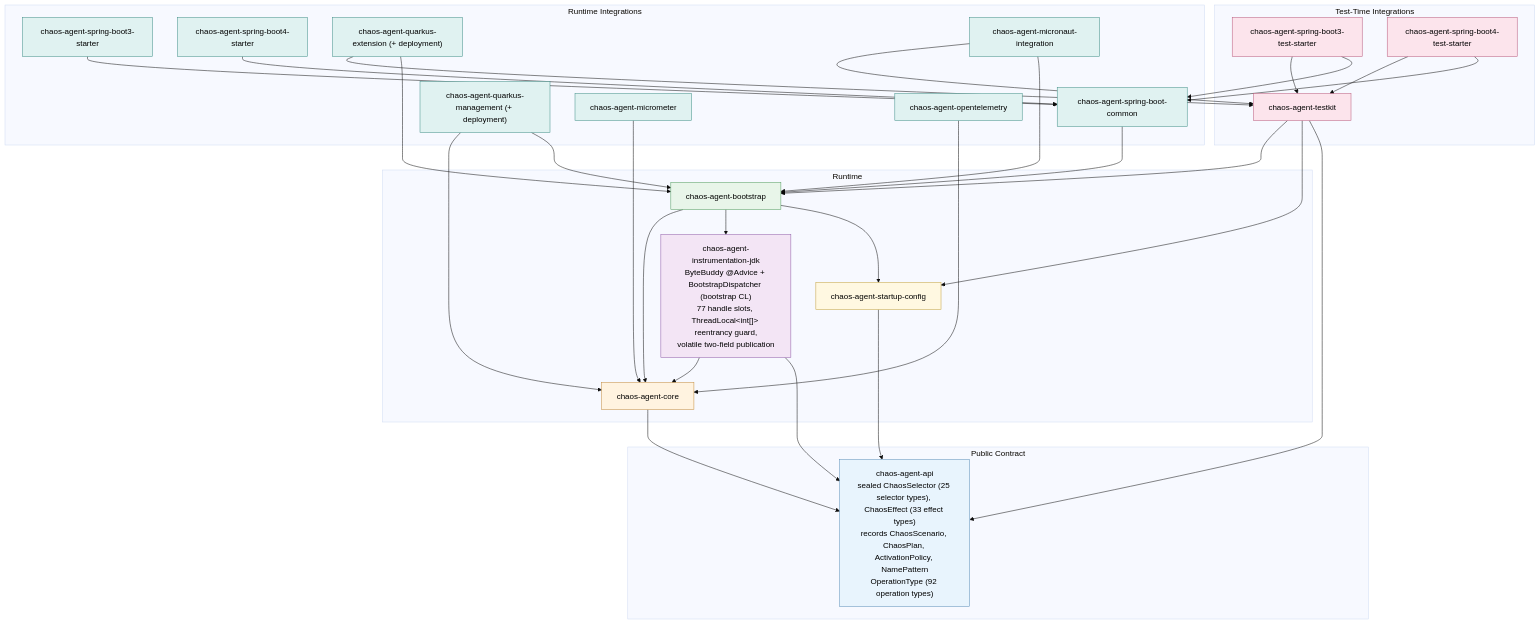
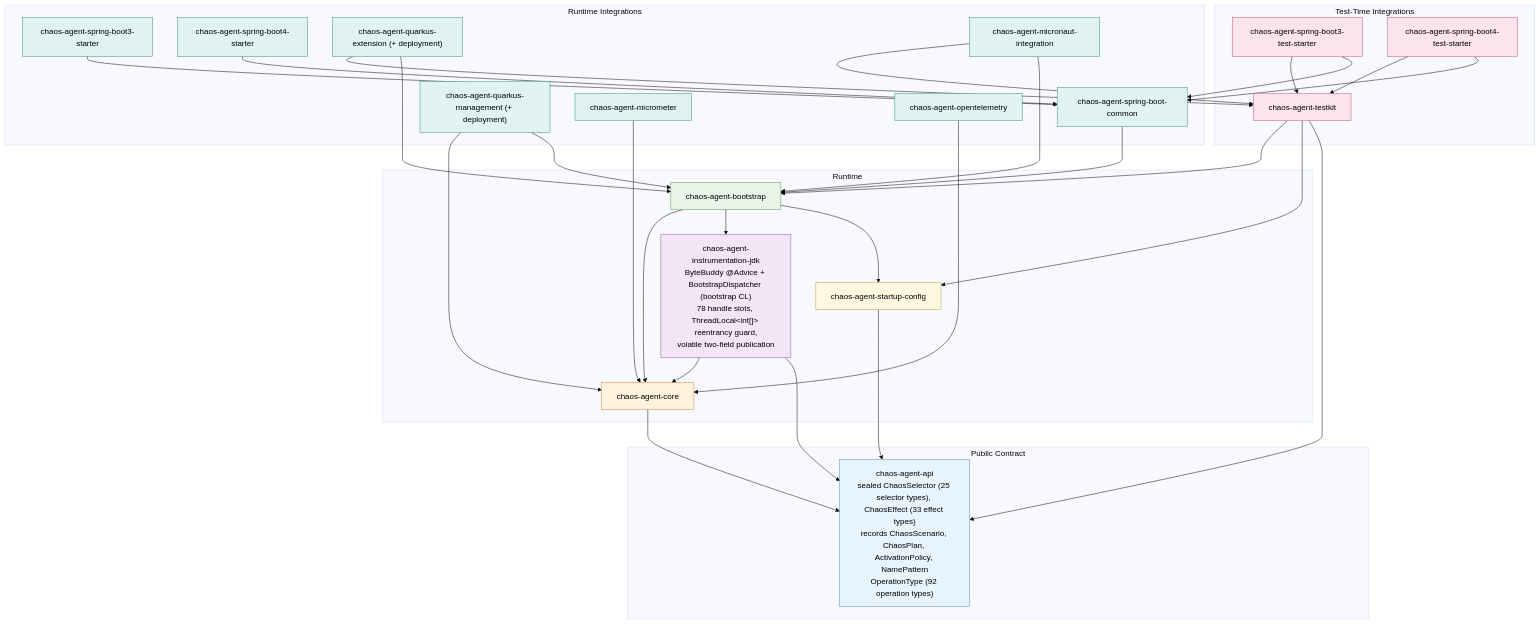
Before and after one commit to macstab/macstab-chaos-jvm-agent: the first of 4 diagrams in docs/overall-agent.md, drawn with Mermaid (base theme). The commit also changed other lines of this file and 5 other files, not shown here.

````diff
--- a/docs/overall-agent.md
+++ b/docs/overall-agent.md
@@ -103,68 +105,68 @@
 ```mermaid
 flowchart TB
   subgraph contract["Public Contract"]
     api["chaos-agent-api<br/>sealed ChaosSelector (25 selector types), ChaosEffect (33 effect types)<br/>records ChaosScenario, ChaosPlan, ActivationPolicy, NamePattern<br/>OperationType (92 operation types)"]
   end
   subgraph runtime["Runtime"]
     core["chaos-agent-core"]
-    instr["chaos-agent-instrumentation-jdk<br/>ByteBuddy @Advice + BootstrapDispatcher (bootstrap CL)<br/>77 handle slots, ThreadLocal&lt;int[]&gt; reentrancy guard,<br/>volatile two-field publication"]
+    instr["chaos-agent-instrumentation-jdk<br/>ByteBuddy @Advice + BootstrapDispatcher (bootstrap CL)<br/>78 handle slots, ThreadLocal&lt;int[]&gt; reentrancy guard,<br/>volatile two-field publication"]
     config["chaos-agent-startup-config"]
     boot["chaos-agent-bootstrap"]
   end
   subgraph testing["Test-Time Integrations"]
     testkit["chaos-agent-testkit"]
     sb3t["chaos-agent-spring-boot3-test-starter"]
     sb4t["chaos-agent-spring-boot4-test-starter"]
   end
   subgraph integrations["Runtime Integrations"]
     sbc["chaos-agent-spring-boot-common"]
     sb3["chaos-agent-spring-boot3-starter"]
     sb4["chaos-agent-spring-boot4-starter"]
     qx["chaos-agent-quarkus-extension (+ deployment)"]
     qm["chaos-agent-quarkus-management (+ deployment)"]
     mn["chaos-agent-micronaut-integration"]
     mm["chaos-agent-micrometer"]
     otel["chaos-agent-opentelemetry"]
   end
 
   core --> api
   instr --> core
   instr --> api
   config --> api
   boot --> core
   boot --> instr
   boot --> config
   testkit --> boot
   testkit --> config
   testkit --> api
   sb3t --> testkit
   sb4t --> testkit
   sb3t --> sbc
   sb4t --> sbc
   sbc --> boot
   sb3 --> sbc
   sb4 --> sbc
   qx --> testkit
   qx --> boot
   qm --> core
   qm --> boot
   mn --> testkit
   mn --> boot
   mm --> core
   otel --> core
 
   classDef apiStyle fill:#E8F4FD,stroke:#5B8DB8,color:#000
   classDef coreStyle fill:#FFF3E0,stroke:#C28A3A,color:#000
   classDef bridgeStyle fill:#F3E5F5,stroke:#8E5BA8,color:#000
   classDef bootStyle fill:#E8F5E9,stroke:#4E9A5B,color:#000
   classDef configStyle fill:#FFF8E1,stroke:#C2A13A,color:#000
   classDef testStyle fill:#FCE4EC,stroke:#B8587A,color:#000
   classDef springStyle fill:#E0F2F1,stroke:#3E8E86,color:#000
   class api apiStyle
   class core coreStyle
   class instr bridgeStyle
   class boot bootStyle
   class config configStyle
   class testkit,sb3t,sb4t testStyle
   class sbc,sb3,sb4,qx,qm,mn,mm,otel springStyle
 ```
````
